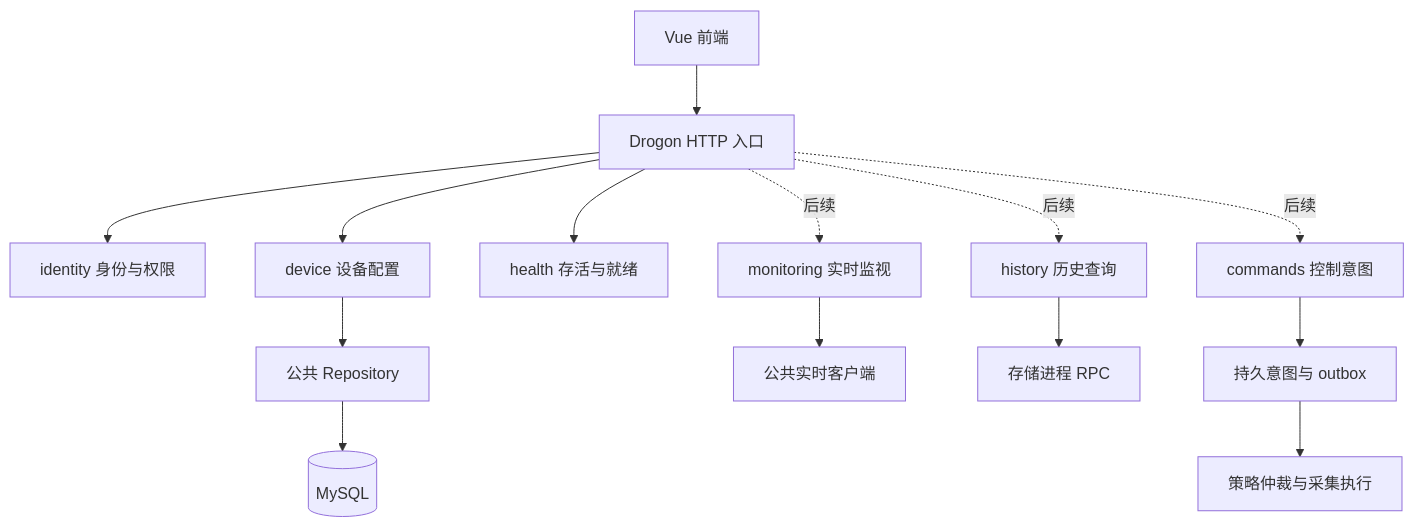
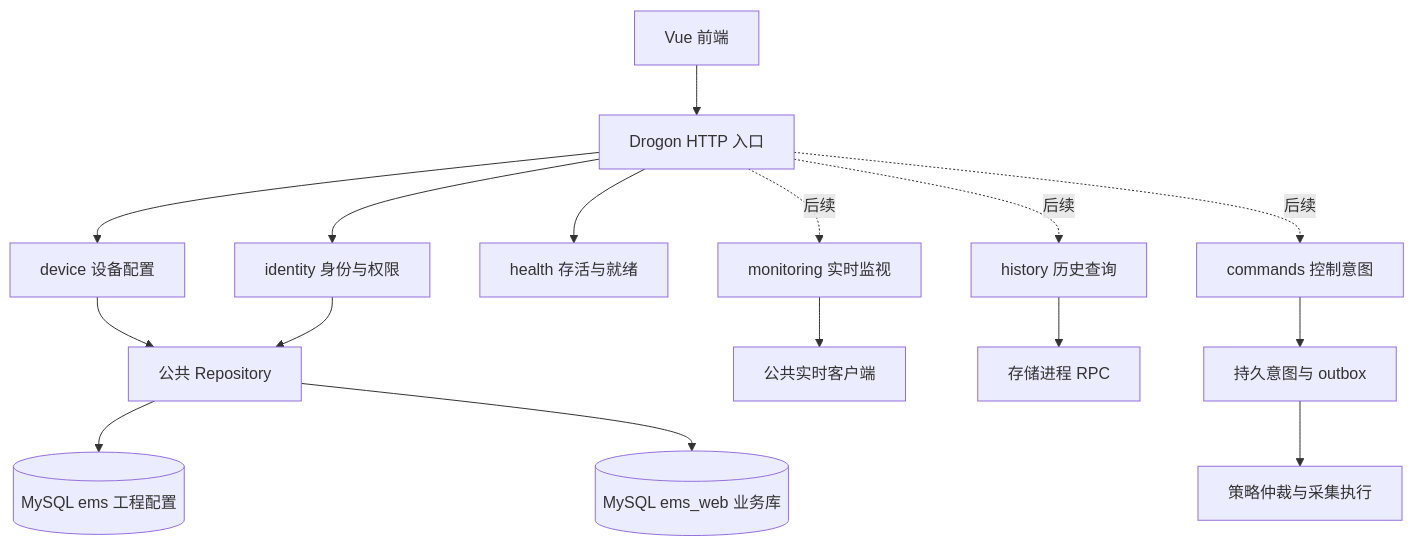
Before and after one commit to 600888/ems: the first of 7 diagrams in website/docs/processes/web/design.md, drawn with Mermaid. The commit also changed other lines of this file and 35 other files, not shown here.

````diff
--- a/website/docs/processes/web/design.md
+++ b/website/docs/processes/web/design.md
@@ -9,16 +11,18 @@
 ```mermaid
 flowchart TB
     UI[Vue 前端] --> HTTP[Drogon HTTP 入口]
     HTTP --> Identity[identity 身份与权限]
     HTTP --> Device[device 设备配置]
     HTTP --> Health[health 存活与就绪]
     HTTP -.后续.-> Monitor[monitoring 实时监视]
     HTTP -.后续.-> History[history 历史查询]
     HTTP -.后续.-> Commands[commands 控制意图]
     Device --> Repo[公共 Repository]
-    Repo --> DB[(MySQL)]
+    Identity --> Repo
+    Repo --> DB[(MySQL ems 工程配置)]
+    Repo --> WebDB[(MySQL ems_web 业务库)]
     Monitor --> RT[公共实时客户端]
     History --> Storage[存储进程 RPC]
     Commands --> Intent[持久意图与 outbox]
     Intent --> Strategy[策略仲裁与采集执行]
 ```
````
